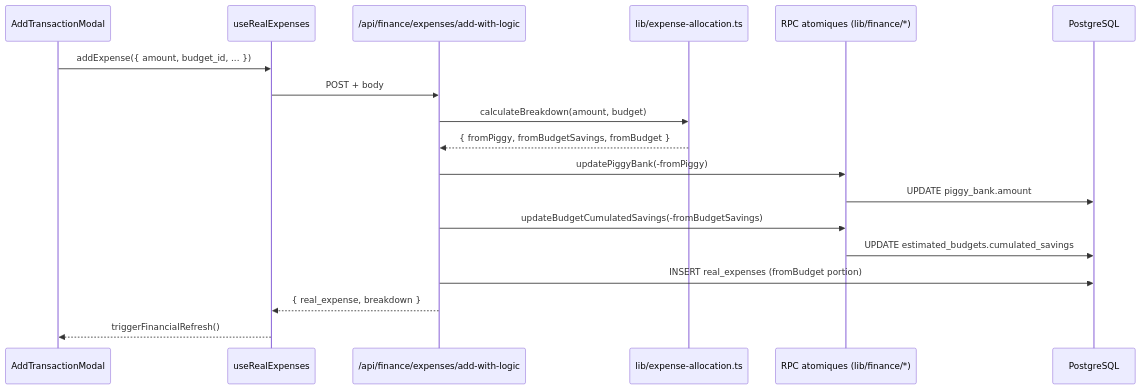
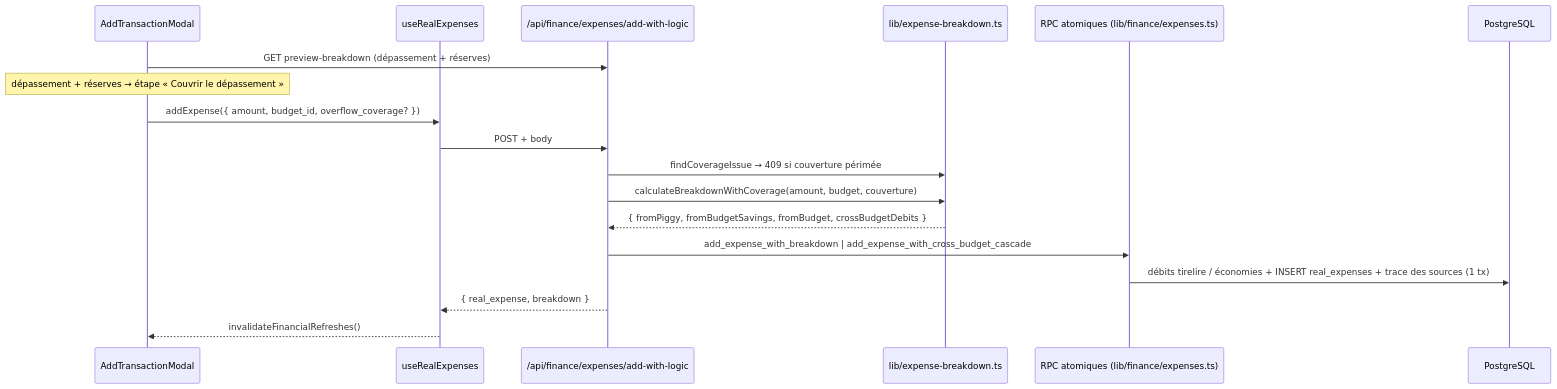
One commit to PothieuG/popoth changed the diagram in doc2/api/README.md. Above: the diagram before and after it, drawn with Mermaid. The commit also changed other lines of this file and 6 other files, not shown here.

First line of the commit message:
docs(claude): Part 48 — couverture du dépassement au choix de l'utilisateur

````diff
--- a/doc2/api/README.md
+++ b/doc2/api/README.md
@@ -134,21 +134,21 @@
 ```mermaid
 sequenceDiagram
     participant UI as AddTransactionModal
     participant Hook as useRealExpenses
     participant API as /api/finance/expenses/add-with-logic
-    participant Lib as lib/expense-allocation.ts
-    participant RPC as RPC atomiques (lib/finance/*)
+    participant Lib as lib/expense-breakdown.ts
+    participant RPC as RPC atomiques (lib/finance/expenses.ts)
     participant DB as PostgreSQL
 
-    UI->>Hook: addExpense({ amount, budget_id, ... })
+    UI->>API: GET preview-breakdown (dépassement + réserves)
+    Note over UI: dépassement + réserves → étape « Couvrir le dépassement »
+    UI->>Hook: addExpense({ amount, budget_id, overflow_coverage? })
     Hook->>API: POST + body
-    API->>Lib: calculateBreakdown(amount, budget)
-    Lib-->>API: { fromPiggy, fromBudgetSavings, fromBudget }
-    API->>RPC: updatePiggyBank(-fromPiggy)
-    RPC->>DB: UPDATE piggy_bank.amount
-    API->>RPC: updateBudgetCumulatedSavings(-fromBudgetSavings)
-    RPC->>DB: UPDATE estimated_budgets.cumulated_savings
-    API->>DB: INSERT real_expenses (fromBudget portion)
+    API->>Lib: findCoverageIssue → 409 si couverture périmée
+    API->>Lib: calculateBreakdownWithCoverage(amount, budget, couverture)
+    Lib-->>API: { fromPiggy, fromBudgetSavings, fromBudget, crossBudgetDebits }
+    API->>RPC: add_expense_with_breakdown | add_expense_with_cross_budget_cascade
+    RPC->>DB: débits tirelire / économies + INSERT real_expenses + trace des sources (1 tx)
     API-->>Hook: { real_expense, breakdown }
-    Hook-->>UI: triggerFinancialRefresh()
+    Hook-->>UI: invalidateFinancialRefreshes()
 ```
````
